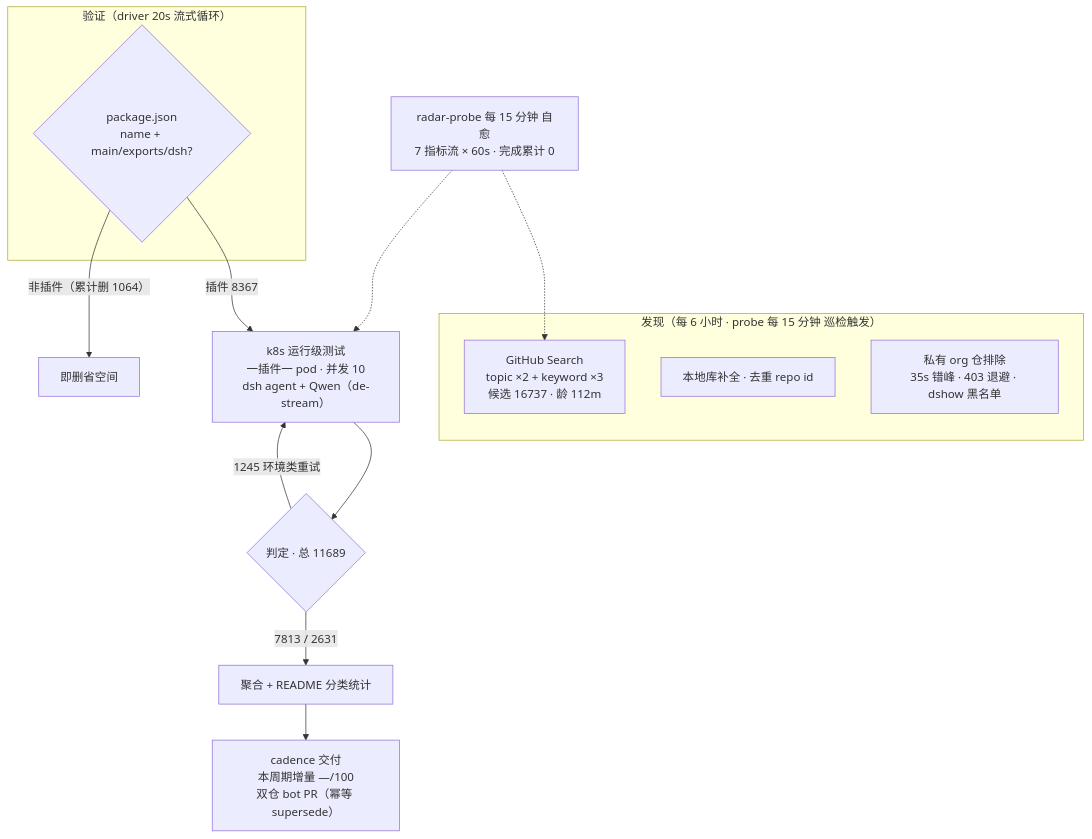
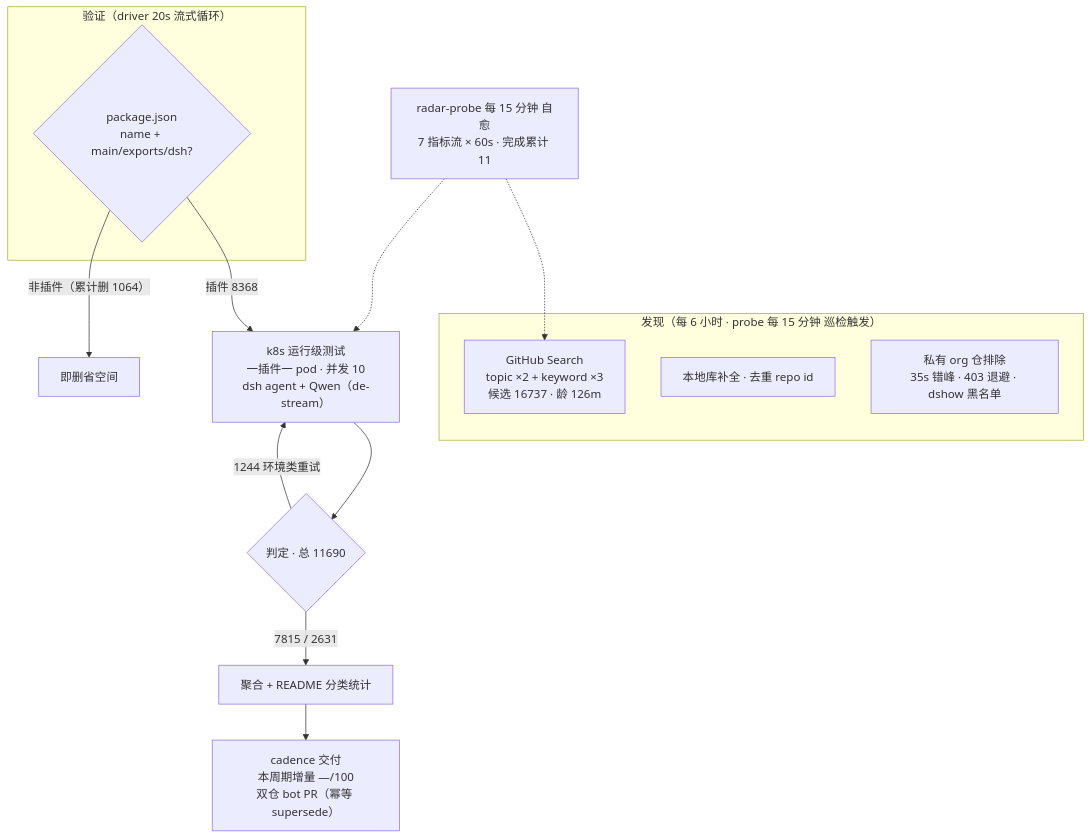
One commit to Zhidao-Lab-OSS/awesome-dsh-plugins changed the diagram in README.md. Above: the diagram before and after it, drawn with Mermaid. The commit also changed other lines of this file and 1 other file, not shown here.

````diff
--- a/README.md
+++ b/README.md
@@ -52,20 +52,20 @@
 ```mermaid
 flowchart TB
     subgraph Discovery["发现（每 6 小时 · probe 每 15 分钟 巡检触发）"]
-        A1["GitHub Search<br/>topic ×2 + keyword ×3<br/>候选 16737 · 龄 112m"]
+        A1["GitHub Search<br/>topic ×2 + keyword ×3<br/>候选 16737 · 龄 126m"]
         A2["本地库补全 · 去重 repo id"]
         A3["私有 org 仓排除<br/>35s 错峰 · 403 退避 · dshow 黑名单"]
     end
     subgraph Validation["验证（driver 20s 流式循环）"]
         B1{"package.json<br/>name + main/exports/dsh?"}
     end
-    B1 -->|"插件 8367"| C1["k8s 运行级测试<br/>一插件一 pod · 并发 10<br/>dsh agent + Qwen（de-stream）"]
+    B1 -->|"插件 8368"| C1["k8s 运行级测试<br/>一插件一 pod · 并发 10<br/>dsh agent + Qwen（de-stream）"]
     B1 -->|"非插件（累计删 1064）"| B3["即删省空间"]
-    C1 --> D1{"判定 · 总 11689"}
-    D1 -->|"7813 / 2631"| E1["聚合 + README 分类统计"]
-    D1 -->|"1245 环境类重试"| C1
+    C1 --> D1{"判定 · 总 11690"}
+    D1 -->|"7815 / 2631"| E1["聚合 + README 分类统计"]
+    D1 -->|"1244 环境类重试"| C1
     E1 --> E2["cadence 交付<br/>本周期增量 —/100<br/>双仓 bot PR（幂等 supersede）"]
-    M["radar-probe 每 15 分钟 自愈<br/>7 指标流 × 60s · 完成累计 0"]
+    M["radar-probe 每 15 分钟 自愈<br/>7 指标流 × 60s · 完成累计 11"]
     M -.-> A1
     M -.-> C1
 ```
````
